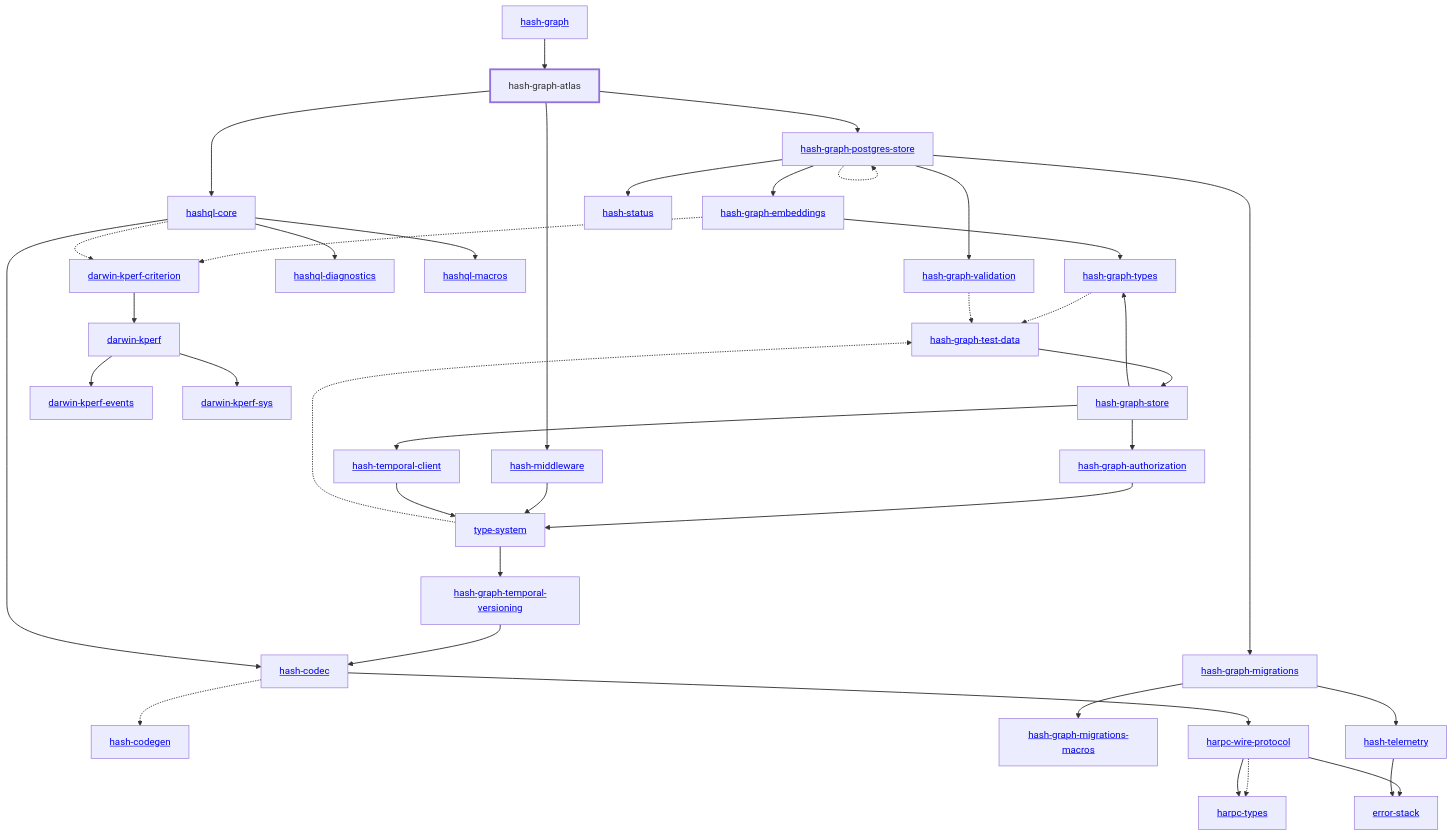
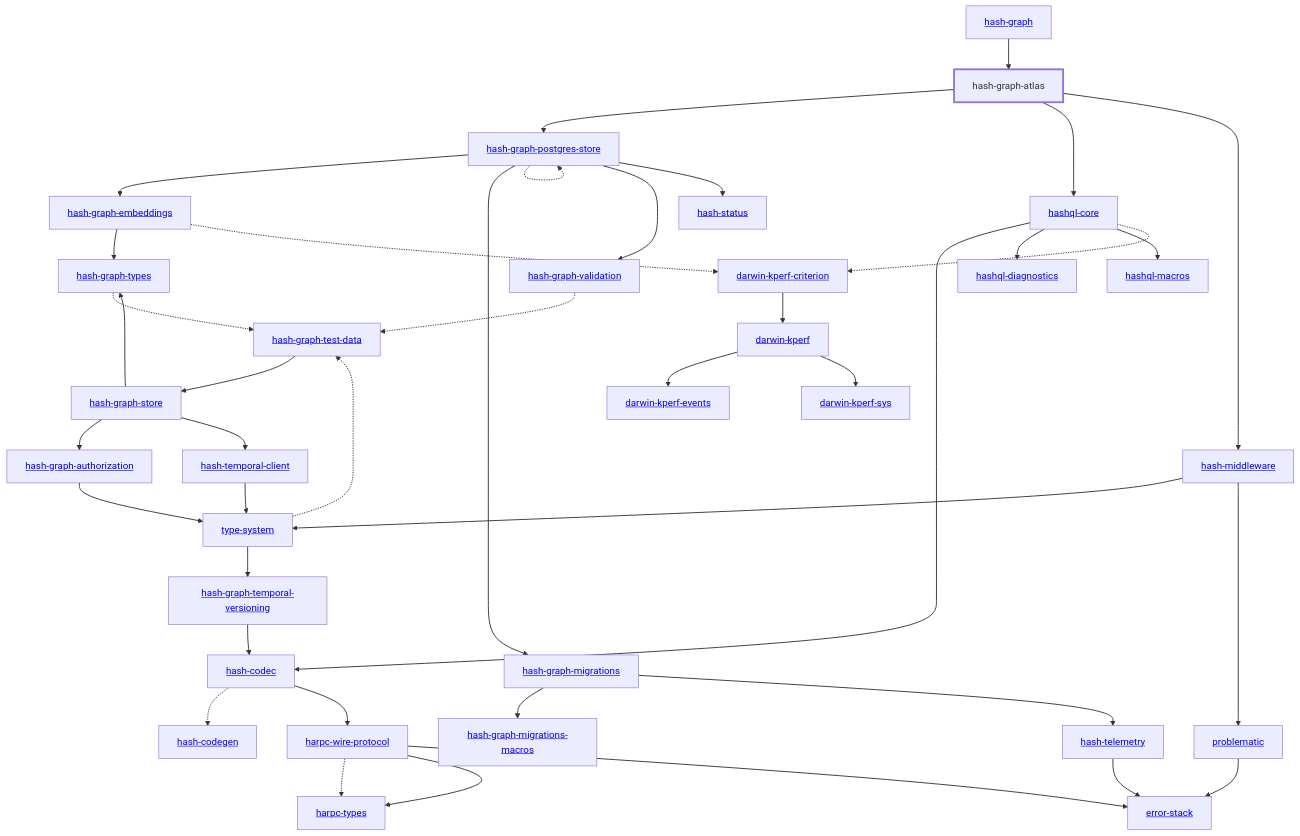
One commit to hashintel/hash changed the diagram in libs/@local/graph/atlas/docs/dependency-diagram.mmd. Above: the diagram before and after it, drawn with Mermaid. The commit also changed 23 other files, not shown here.

```diff
--- a/libs/@local/graph/atlas/docs/dependency-diagram.mmd
+++ b/libs/@local/graph/atlas/docs/dependency-diagram.mmd
@@ -1,78 +1,81 @@
 graph TD
     linkStyle default stroke-width:1.5px
     classDef default stroke-width:1px
     classDef root stroke-width:3px
     classDef dev stroke-width:1px
     classDef build stroke-width:1px
     %% Legend
     %% --> : Normal dependency
     %% -.-> : Dev dependency
     %% ---> : Build dependency
     0[<a href="../hash_graph/index.html">hash-graph</a>]
     1[<a href="../type_system/index.html">type-system</a>]
     2[<a href="../hash_codec/index.html">hash-codec</a>]
     3[<a href="../hash_codegen/index.html">hash-codegen</a>]
     4[hash-graph-atlas]
     class 4 root
     5[<a href="../hash_graph_authorization/index.html">hash-graph-authorization</a>]
     6[<a href="../hash_graph_embeddings/index.html">hash-graph-embeddings</a>]
     7[<a href="../hash_graph_migrations/index.html">hash-graph-migrations</a>]
     8[<a href="../hash_graph_migrations_macros/index.html">hash-graph-migrations-macros</a>]
     9[<a href="../hash_graph_postgres_store/index.html">hash-graph-postgres-store</a>]
     10[<a href="../hash_graph_store/index.html">hash-graph-store</a>]
     11[<a href="../hash_graph_temporal_versioning/index.html">hash-graph-temporal-versioning</a>]
     12[<a href="../hash_graph_types/index.html">hash-graph-types</a>]
     13[<a href="../hash_graph_validation/index.html">hash-graph-validation</a>]
     14[<a href="../harpc_types/index.html">harpc-types</a>]
     15[<a href="../harpc_wire_protocol/index.html">harpc-wire-protocol</a>]
     16[<a href="../hashql_core/index.html">hashql-core</a>]
     17[<a href="../hashql_diagnostics/index.html">hashql-diagnostics</a>]
     18[<a href="../hashql_macros/index.html">hashql-macros</a>]
     19[<a href="../hash_middleware/index.html">hash-middleware</a>]
     20[<a href="../hash_status/index.html">hash-status</a>]
     21[<a href="../hash_telemetry/index.html">hash-telemetry</a>]
     22[<a href="../hash_temporal_client/index.html">hash-temporal-client</a>]
     23[<a href="../darwin_kperf/index.html">darwin-kperf</a>]
     24[<a href="../darwin_kperf_criterion/index.html">darwin-kperf-criterion</a>]
     25[<a href="../darwin_kperf_events/index.html">darwin-kperf-events</a>]
     26[<a href="../darwin_kperf_sys/index.html">darwin-kperf-sys</a>]
     27[<a href="../error_stack/index.html">error-stack</a>]
-    28[<a href="../hash_graph_test_data/index.html">hash-graph-test-data</a>]
+    28[<a href="../problematic/index.html">problematic</a>]
+    29[<a href="../hash_graph_test_data/index.html">hash-graph-test-data</a>]
     0 --> 4
     1 --> 11
-    1 -.-> 28
+    1 -.-> 29
     2 -.-> 3
     2 --> 15
     4 --> 9
     4 --> 16
     4 --> 19
     5 --> 1
     6 --> 12
     6 -.-> 24
     7 --> 8
     7 --> 21
     9 --> 6
     9 --> 7
     9 -.-> 9
     9 --> 13
     9 --> 20
     10 --> 5
     10 --> 12
     10 --> 22
     11 --> 2
-    12 -.-> 28
-    13 -.-> 28
+    12 -.-> 29
+    13 -.-> 29
     15 -.-> 14
     15 --> 14
     15 --> 27
     16 --> 2
     16 --> 17
     16 --> 18
     16 -.-> 24
     19 --> 1
+    19 --> 28
     21 --> 27
     22 --> 1
     23 --> 25
     23 --> 26
     24 --> 23
-    28 --> 10
+    28 --> 27
+    29 --> 10
```
